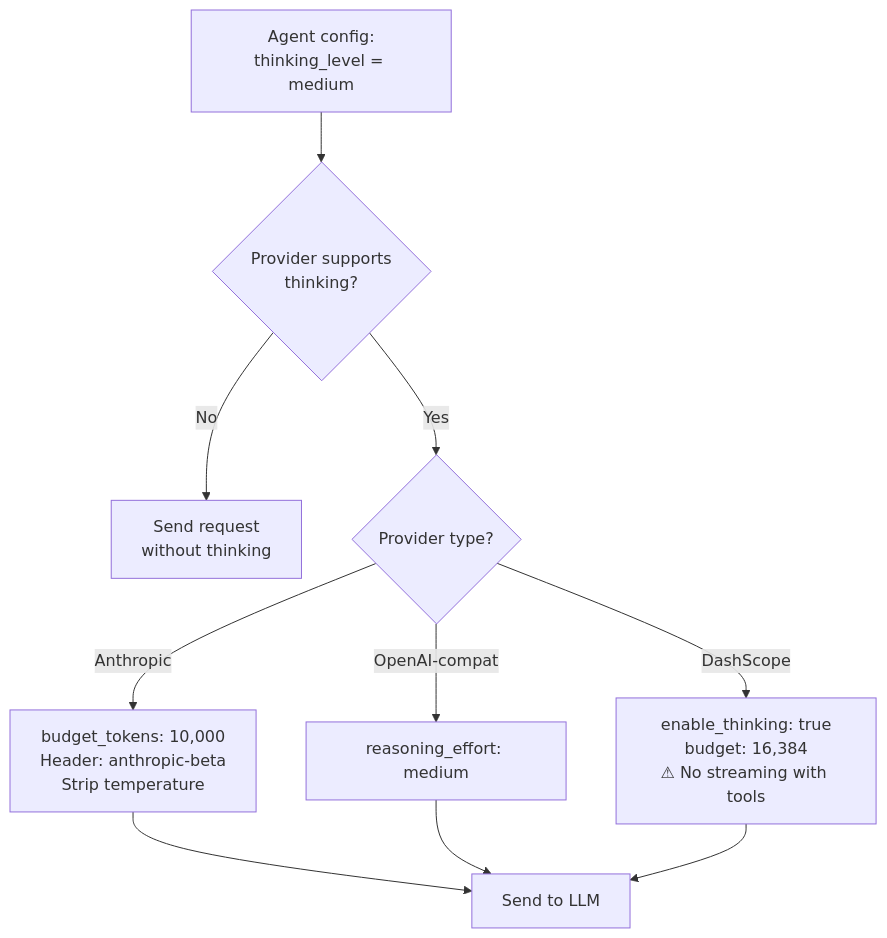
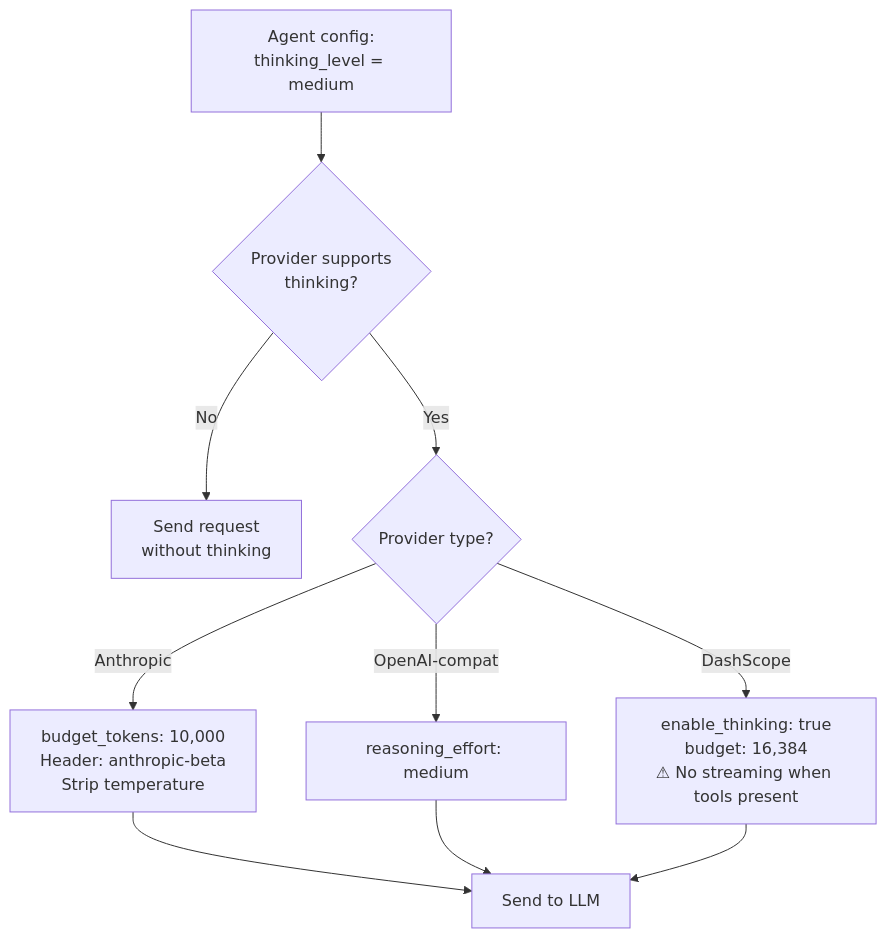
The first of 3 diagrams in advanced/extended-thinking.md (nextlevelbuilder/goclaw-docs), drawn with Mermaid before and after one commit. The commit also changed other lines of this file and 29 other files, not shown here.

````diff
--- a/advanced/extended-thinking.md
+++ b/advanced/extended-thinking.md
@@ -32,14 +32,14 @@
 ```mermaid
 flowchart TD
     CONFIG["Agent config:\nthinking_level = medium"] --> CHECK{"Provider supports\nthinking?"}
     CHECK -->|No| SKIP["Send request\nwithout thinking"]
     CHECK -->|Yes| MAP{"Provider type?"}
 
     MAP -->|Anthropic| ANTH["budget_tokens: 10,000\nHeader: anthropic-beta\nStrip temperature"]
     MAP -->|OpenAI-compat| OAI["reasoning_effort: medium"]
-    MAP -->|DashScope| DASH["enable_thinking: true\nbudget: 16,384\n⚠ No streaming with tools"]
+    MAP -->|DashScope| DASH["enable_thinking: true\nbudget: 16,384\n⚠ No streaming when tools present"]
 
     ANTH --> SEND["Send to LLM"]
     OAI --> SEND
     DASH --> SEND
 ```
````
